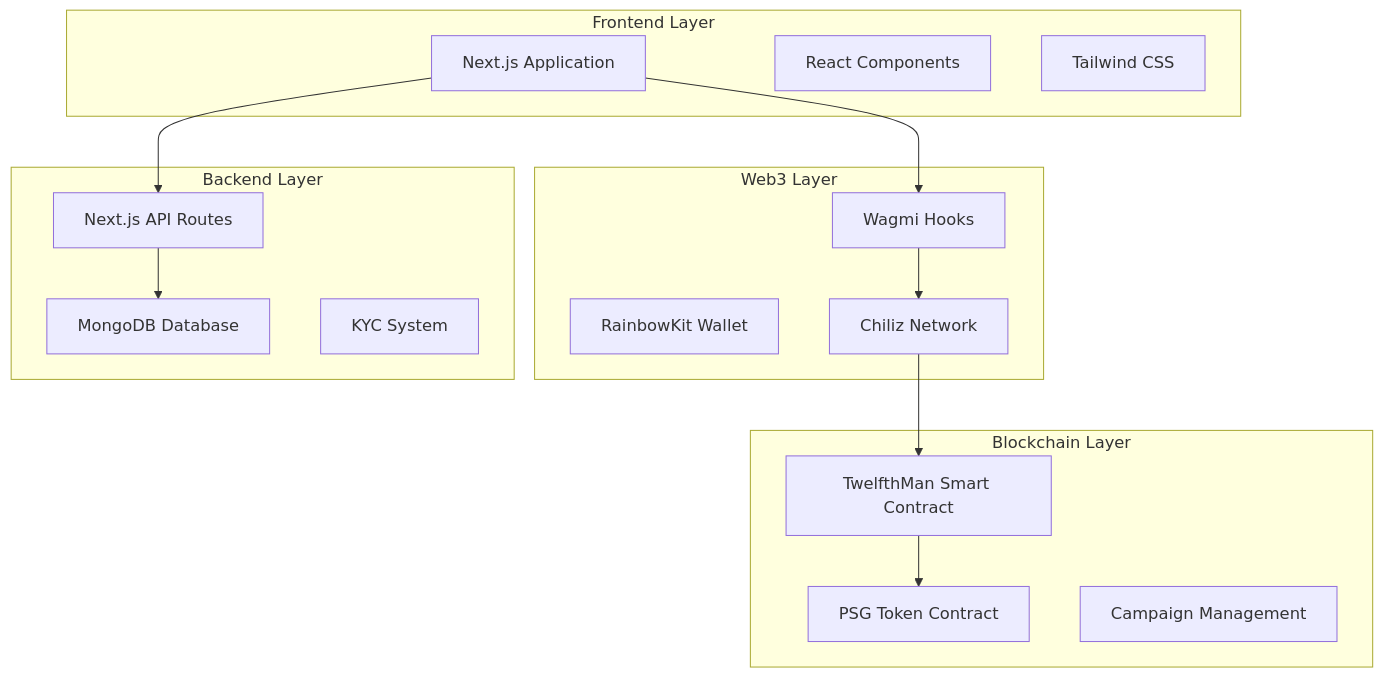
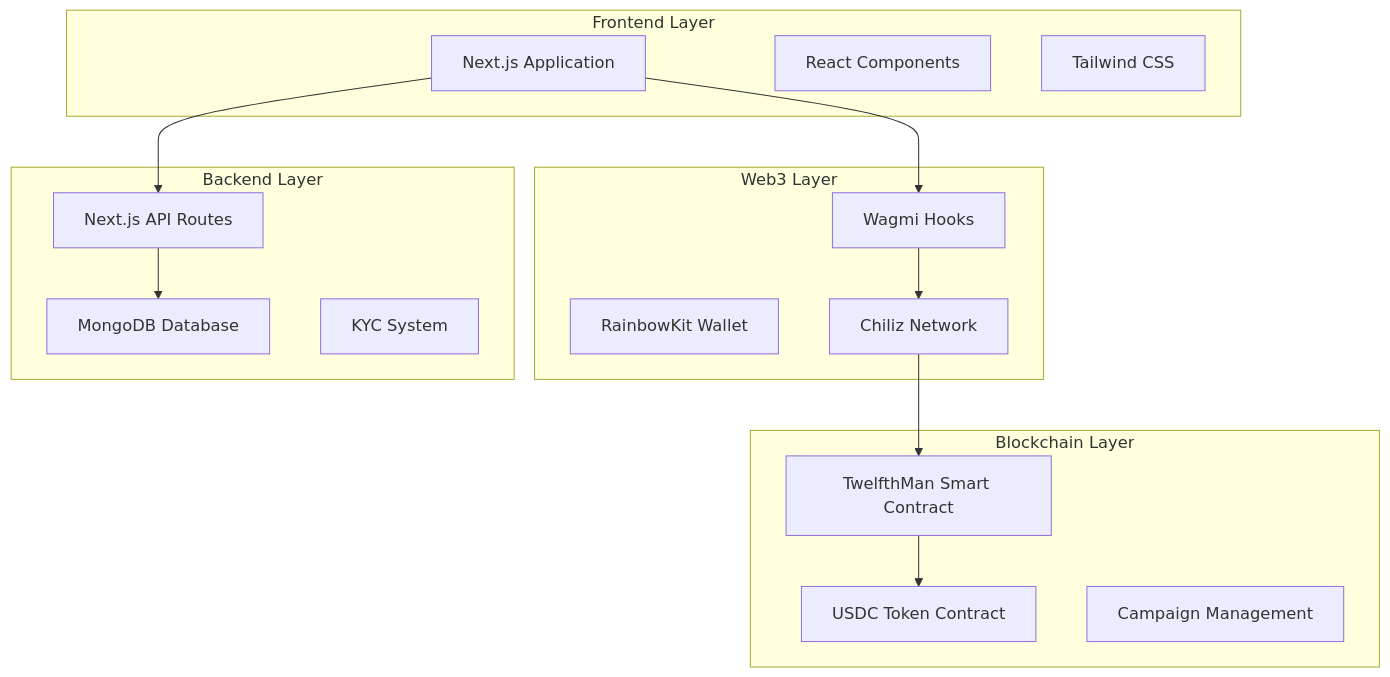
Before and after one commit to Mariussgal/12th_man_app: the first of 3 diagrams in README.md, drawn with Mermaid. The commit also changed other lines of this file, not shown here.

````diff
--- a/README.md
+++ b/README.md
@@ -34,33 +34,33 @@
 ```mermaid
 graph TB
     subgraph "Frontend Layer"
         A[Next.js Application]
         B[React Components]
         C[Tailwind CSS]
     end
     
     subgraph "Web3 Layer"
         D[Wagmi Hooks]
         E[RainbowKit Wallet]
         F[Chiliz Network]
     end
     
     subgraph "Backend Layer"
         G[Next.js API Routes]
         H[MongoDB Database]
         I[KYC System]
     end
     
     subgraph "Blockchain Layer"
         J[TwelfthMan Smart Contract]
-        K[PSG Token Contract]
+        K[USDC Token Contract]
         L[Campaign Management]
     end
     
     A --> D
     D --> F
     G --> H
     J --> K
     F --> J
     A --> G
 ```
````
